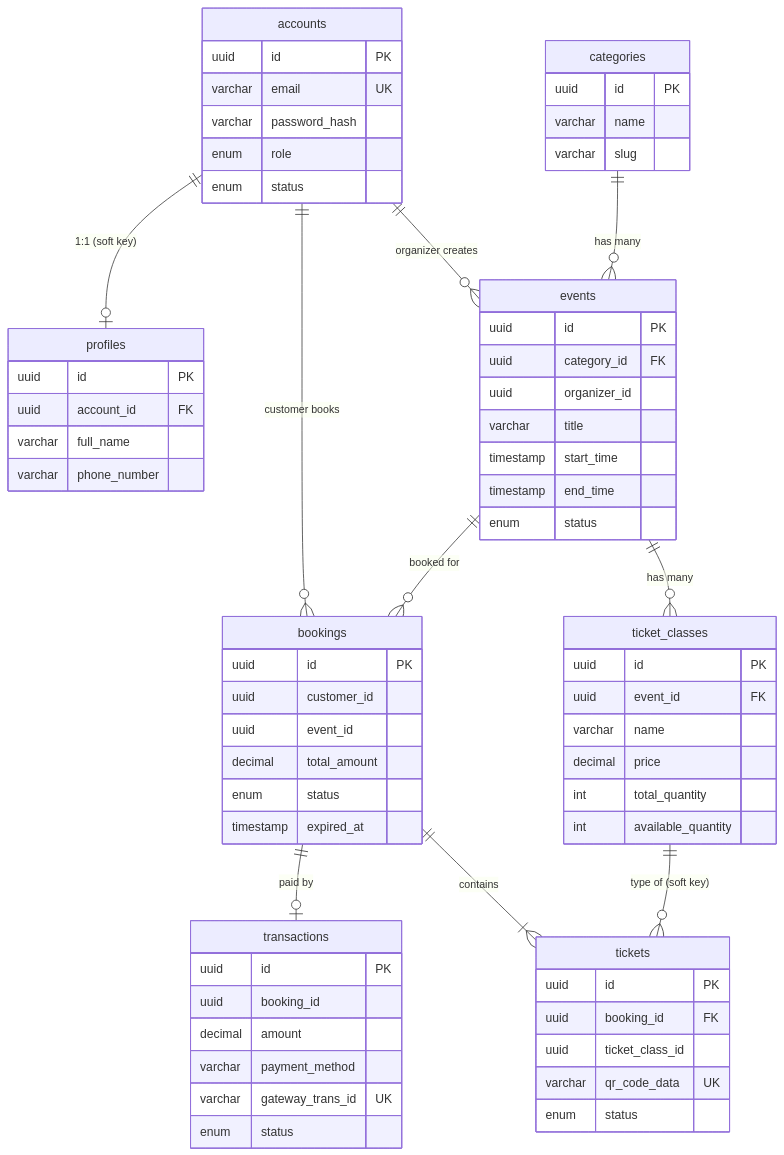
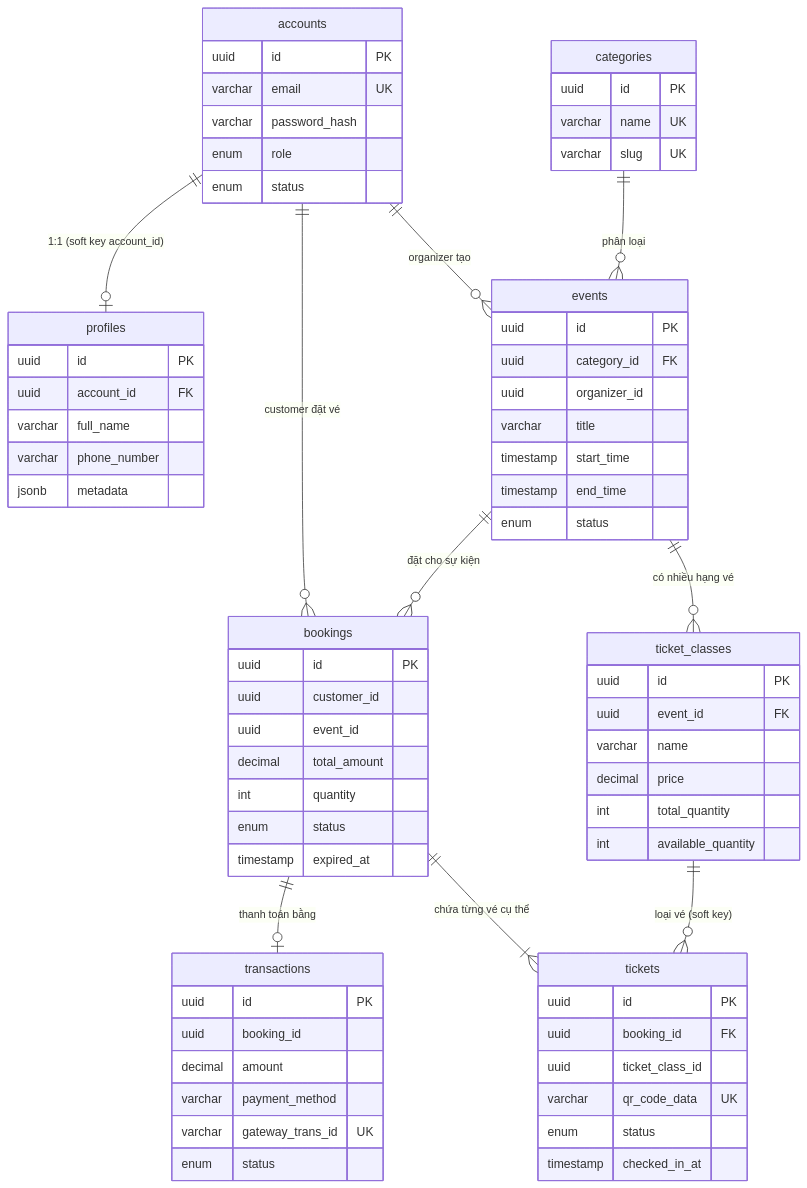
The fifth of 7 diagrams in docs/architecture-diagrams.md (dangngockhieu/TicketBooking), drawn with Mermaid before and after one commit. The commit also changed other lines of this file and 9 other files, not shown here.

````diff
--- a/docs/architecture-diagrams.md
+++ b/docs/architecture-diagrams.md
@@ -189,17 +226,17 @@
 ```mermaid
 erDiagram
-    accounts ||--o| profiles : "1:1 (soft key)"
-    accounts ||--o{ events : "organizer creates"
+    accounts ||--o| profiles : "1:1 (soft key account_id)"
+    accounts ||--o{ events : "organizer tạo"
 
-    categories ||--o{ events : "has many"
-    events ||--o{ ticket_classes : "has many"
+    categories ||--o{ events : "phân loại"
+    events ||--o{ ticket_classes : "có nhiều hạng vé"
 
-    accounts ||--o{ bookings : "customer books"
-    events ||--o{ bookings : "booked for"
-    bookings ||--|{ tickets : "contains"
-    ticket_classes ||--o{ tickets : "type of (soft key)"
+    accounts ||--o{ bookings : "customer đặt vé"
+    events ||--o{ bookings : "đặt cho sự kiện"
+    bookings ||--|{ tickets : "chứa từng vé cụ thể"
+    ticket_classes ||--o{ tickets : "loại vé (soft key)"
 
-    bookings ||--o| transactions : "paid by"
+    bookings ||--o| transactions : "thanh toán bằng"
 
     accounts {
         uuid id PK
@@ -214,12 +251,13 @@
         uuid account_id FK
         varchar full_name
         varchar phone_number
+        jsonb metadata
     }
 
     categories {
         uuid id PK
-        varchar name
-        varchar slug
+        varchar name UK
+        varchar slug UK
     }
 
     events {
@@ -246,6 +284,7 @@
         uuid customer_id
         uuid event_id
         decimal total_amount
+        int quantity
         enum status
         timestamp expired_at
     }
@@ -256,6 +295,7 @@
         uuid ticket_class_id
         varchar qr_code_data UK
         enum status
+        timestamp checked_in_at
     }
 
     transactions {
````
